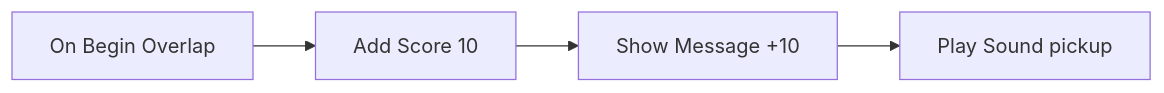
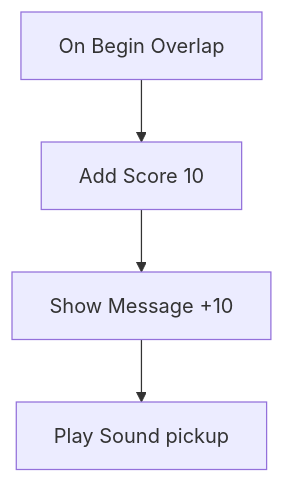
Before and after one commit to ChristianHohlfeld/kernengine.de: the diagram in kern/docs/book-green/09-logic.md, drawn with Mermaid. The commit also changed other lines of this file and 22 other files, not shown here.

````diff
--- a/kern/docs/book-green/09-logic.md
+++ b/kern/docs/book-green/09-logic.md
@@ -345,6 +423,7 @@
 ```mermaid
-flowchart LR
+%% Caption: The points zone as a chain of four boxes (names as in the logic editor)
+flowchart TB
   A[On Begin Overlap] --> B[Add Score 10]
   B --> C[Show Message +10]
   C --> D[Play Sound pickup]
 ```
````
